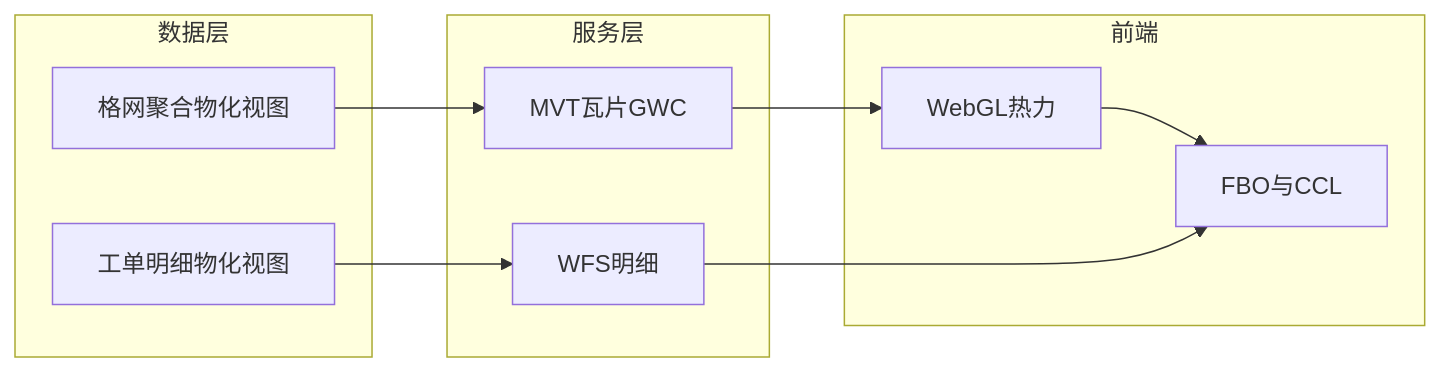
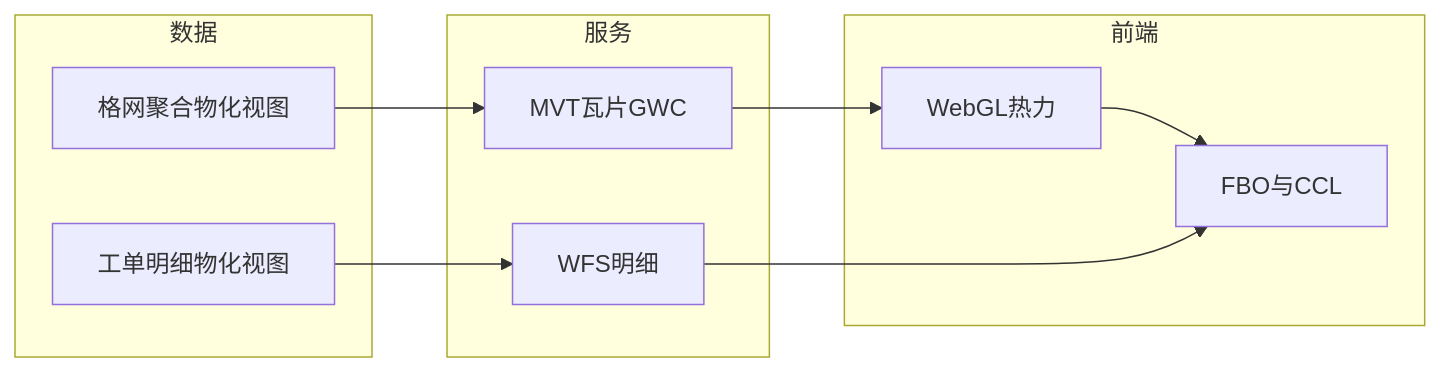
Before and after one commit to zheyi420/Dev-Wiki: the sixth of 6 diagrams in Blog/mvt-webgl_heatmap-ccl/百万级点数据：MVT + WebGL 热力渲染与 FBO 连通域热区工单统计.md, drawn with Mermaid. The commit also changed other lines of this file and 1 other file, not shown here.

````diff
--- a/Blog/mvt-webgl_heatmap-ccl/百万级点数据：MVT + WebGL 热力渲染与 FBO 连通域热区工单统计.md
+++ b/Blog/mvt-webgl_heatmap-ccl/百万级点数据：MVT + WebGL 热力渲染与 FBO 连通域热区工单统计.md
@@ -102,20 +165,20 @@
 ```mermaid
 flowchart LR
-  subgraph dataLayer [数据层]
+  subgraph data [数据]
     gridMV[格网聚合物化视图]
     orderMV[工单明细物化视图]
   end
-  subgraph serviceLayer [服务层]
+  subgraph service [服务]
     mvt[MVT瓦片GWC]
     wfs[WFS明细]
   end
-  subgraph clientLayer [前端]
+  subgraph client [前端]
     render[WebGL热力]
     analyze[FBO与CCL]
   end
   gridMV --> mvt
   orderMV --> wfs
   mvt --> render
   render --> analyze
   wfs --> analyze
 ```
````
